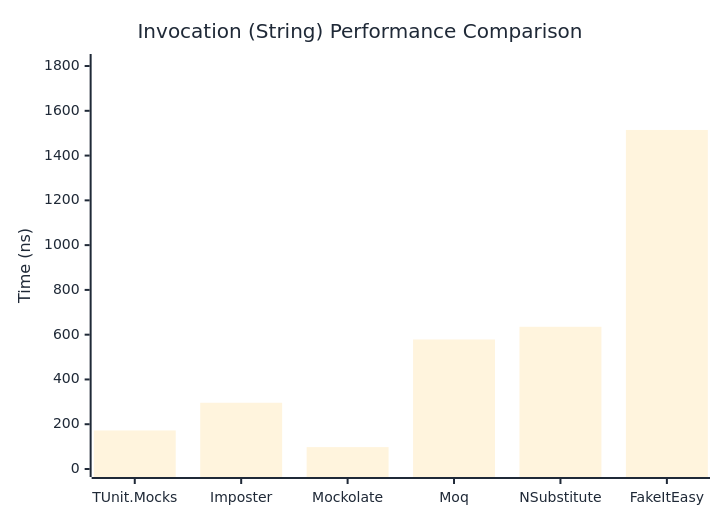
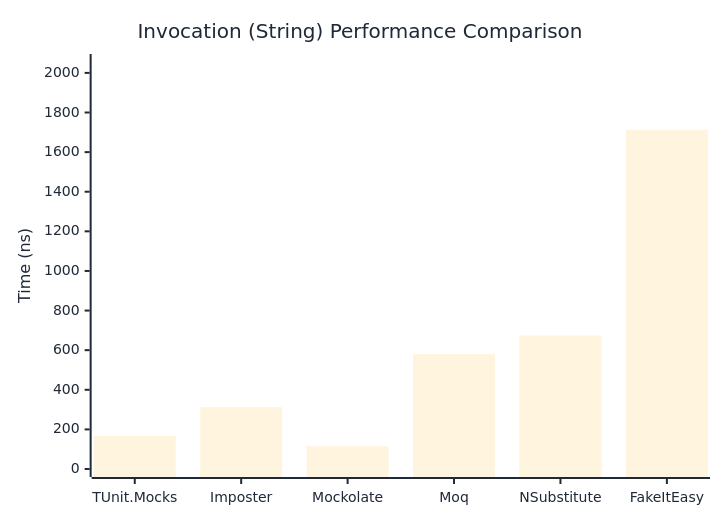
One commit to thomhurst/TUnit changed the second of 3 diagrams in docs/docs/benchmarks/mocks/Invocation.md. Above: the diagram before and after it, drawn with Mermaid. The commit also changed other lines of this file and 14 other files, not shown here.

````diff
--- a/docs/docs/benchmarks/mocks/Invocation.md
+++ b/docs/docs/benchmarks/mocks/Invocation.md
@@ -71,27 +71,27 @@
 ```mermaid
 %%{init: {
   'theme':'base',
   'themeVariables': {
     'primaryColor': '#2563eb',
     'primaryTextColor': '#1f2937',
     'primaryBorderColor': '#1e40af',
     'lineColor': '#6b7280',
     'secondaryColor': '#7c3aed',
     'tertiaryColor': '#dc2626',
     'background': '#ffffff',
     'pie1': '#2563eb',
     'pie2': '#7c3aed',
     'pie3': '#dc2626',
     'pie4': '#f59e0b',
     'pie5': '#10b981',
     'pie6': '#06b6d4',
     'pie7': '#ec4899',
     'pie8': '#6366f1'
   }
 }}%%
 xychart-beta
   title "Invocation (String) Performance Comparison"
   x-axis ["TUnit.Mocks", "Imposter", "Mockolate", "Moq", "NSubstitute", "FakeItEasy"]
-  y-axis "Time (ns)" 0 --> 1818
-  bar [172.26, 295.92, 97.84, 578.61, 635.24, 1514.42]
+  y-axis "Time (ns)" 0 --> 2055
+  bar [166.5, 311.9, 114.9, 580.7, 674, 1712.2]
 ```
````
